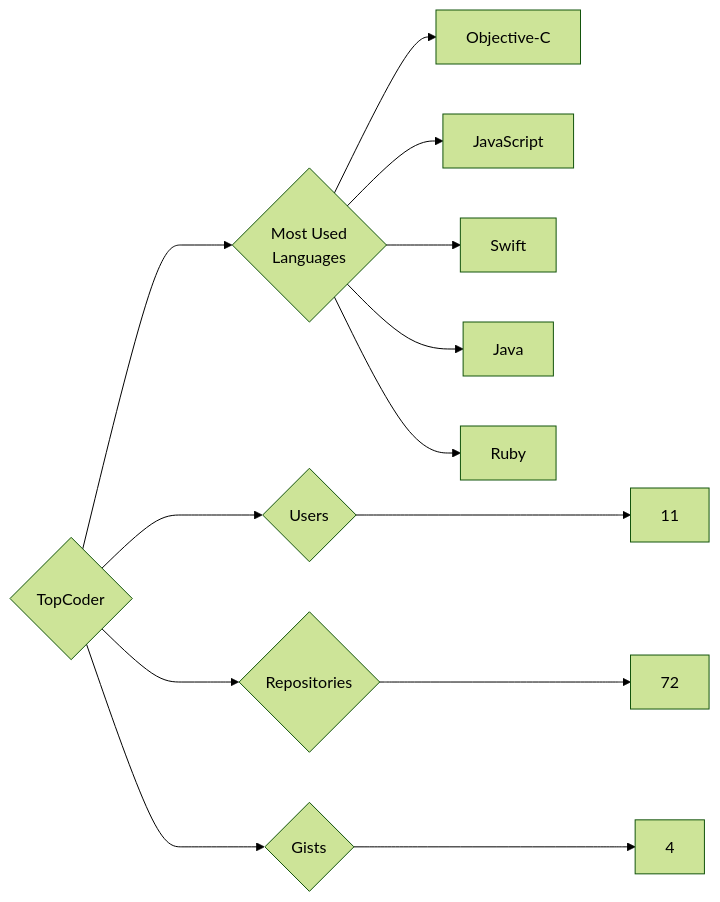
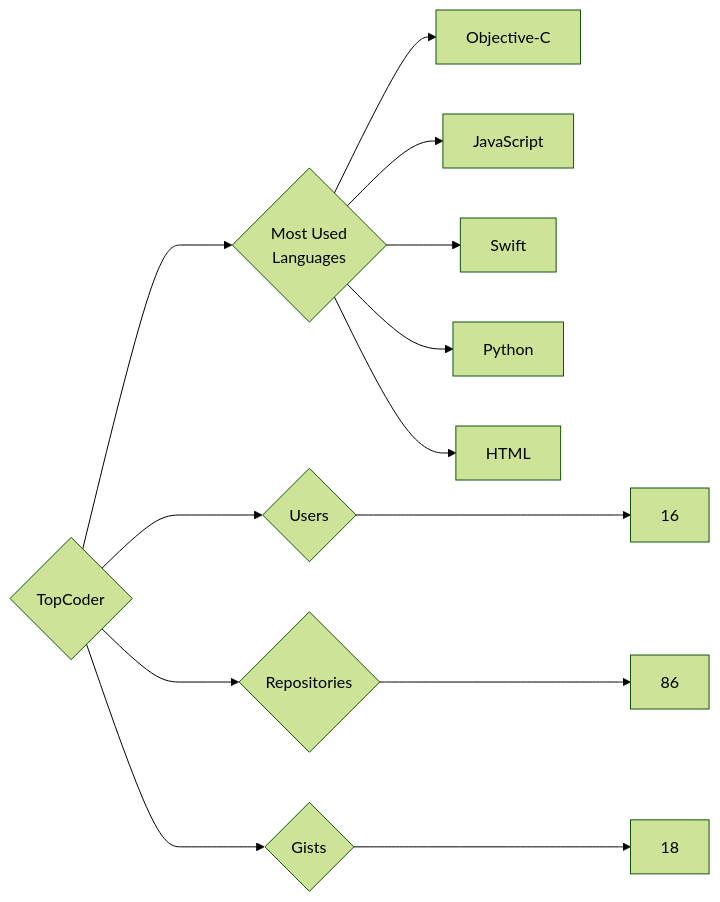
The diagram in targets/TopCoder/README.md (trickest/insiders), drawn with Mermaid (forest theme) before and after one commit. The commit also changed 748 other files, not shown here.

````diff
--- a/targets/TopCoder/README.md
+++ b/targets/TopCoder/README.md
@@ -3,13 +3,13 @@
 ```mermaid
 graph LR
 COMPANY_NAME{TopCoder}
-COMPANY_NAME ---> U{Users} ---> UN[11]
-COMPANY_NAME ---> R{Repositories} ---> RN[72]
-COMPANY_NAME ---> G{Gists} ---> GN[4]
+COMPANY_NAME ---> U{Users} ---> UN[16]
+COMPANY_NAME ---> R{Repositories} ---> RN[86]
+COMPANY_NAME ---> G{Gists} ---> GN[18]
 COMPANY_NAME ---> ML{Most Used<br>Languages}
 ML --> Objective-C[Objective-C]
 ML --> JavaScript[JavaScript]
 ML --> Swift[Swift]
-ML --> Java[Java]
-ML --> Ruby[Ruby]
+ML --> Python[Python]
+ML --> HTML[HTML]
 ```
````
